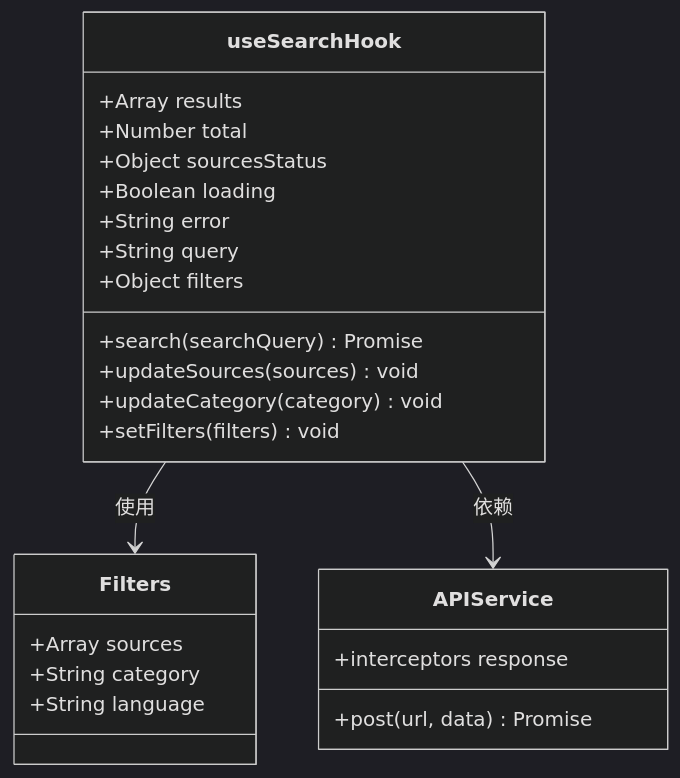
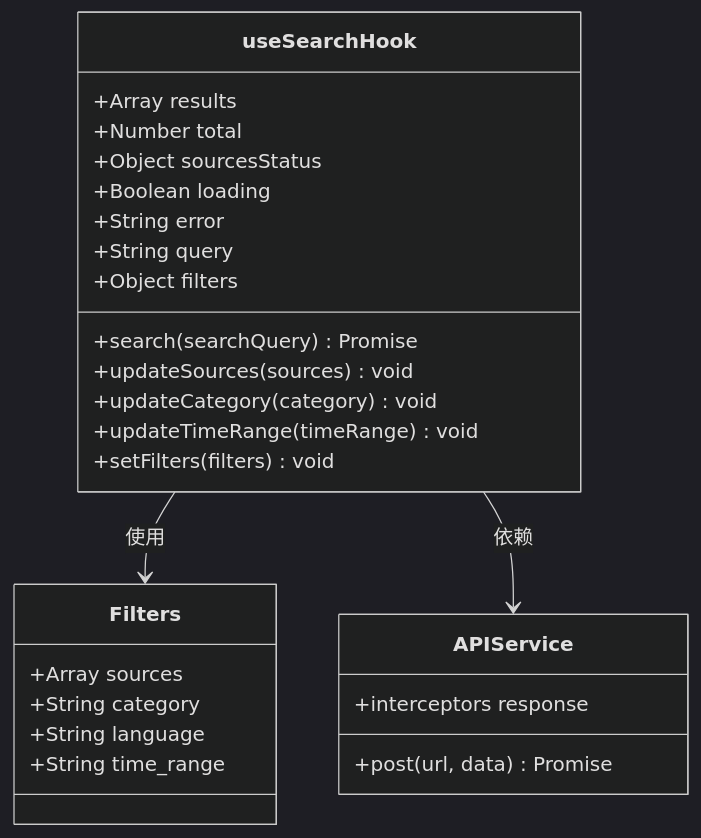
Before and after one commit to wangdy21/search_is_all_you_need: the third of 10 diagrams in .qoder/repowiki/zh/content/系统架构设计/前端架构设计/状态管理与自定义Hook/useSearch Hook - 搜索状态管理.md, drawn with Mermaid (dark theme). The commit also changed other lines of this file and 11 other files, not shown here.

````diff
--- a/.qoder/repowiki/zh/content/系统架构设计/前端架构设计/状态管理与自定义Hook/useSearch Hook - 搜索状态管理.md
+++ b/.qoder/repowiki/zh/content/系统架构设计/前端架构设计/状态管理与自定义Hook/useSearch Hook - 搜索状态管理.md
@@ -142,27 +157,29 @@
 ```mermaid
 classDiagram
 class useSearchHook {
 +Array results
 +Number total
 +Object sourcesStatus
 +Boolean loading
 +String error
 +String query
 +Object filters
 +search(searchQuery) Promise
 +updateSources(sources) void
 +updateCategory(category) void
++updateTimeRange(timeRange) void
 +setFilters(filters) void
 }
 class Filters {
 +Array sources
 +String category
 +String language
++String time_range
 }
 class APIService {
 +post(url, data) Promise
 +interceptors response
 }
 useSearchHook --> Filters : 使用
 useSearchHook --> APIService : 依赖
 ```
````
